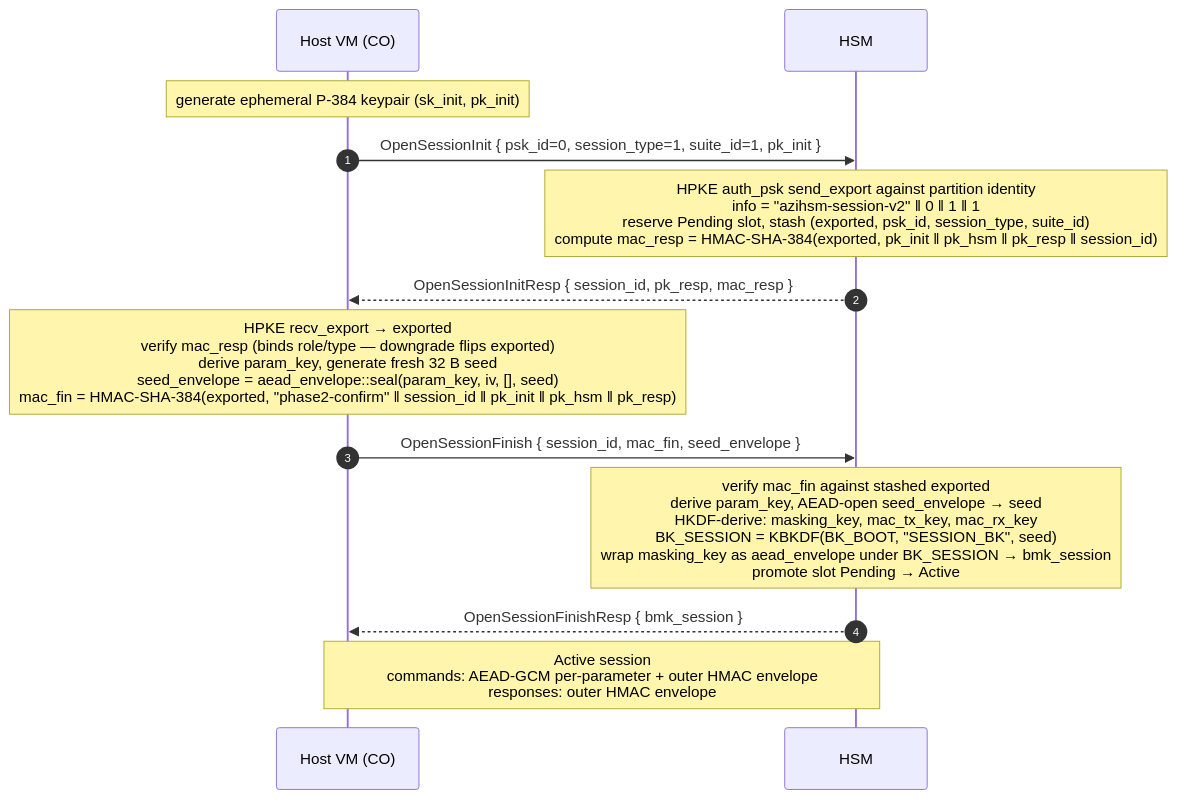
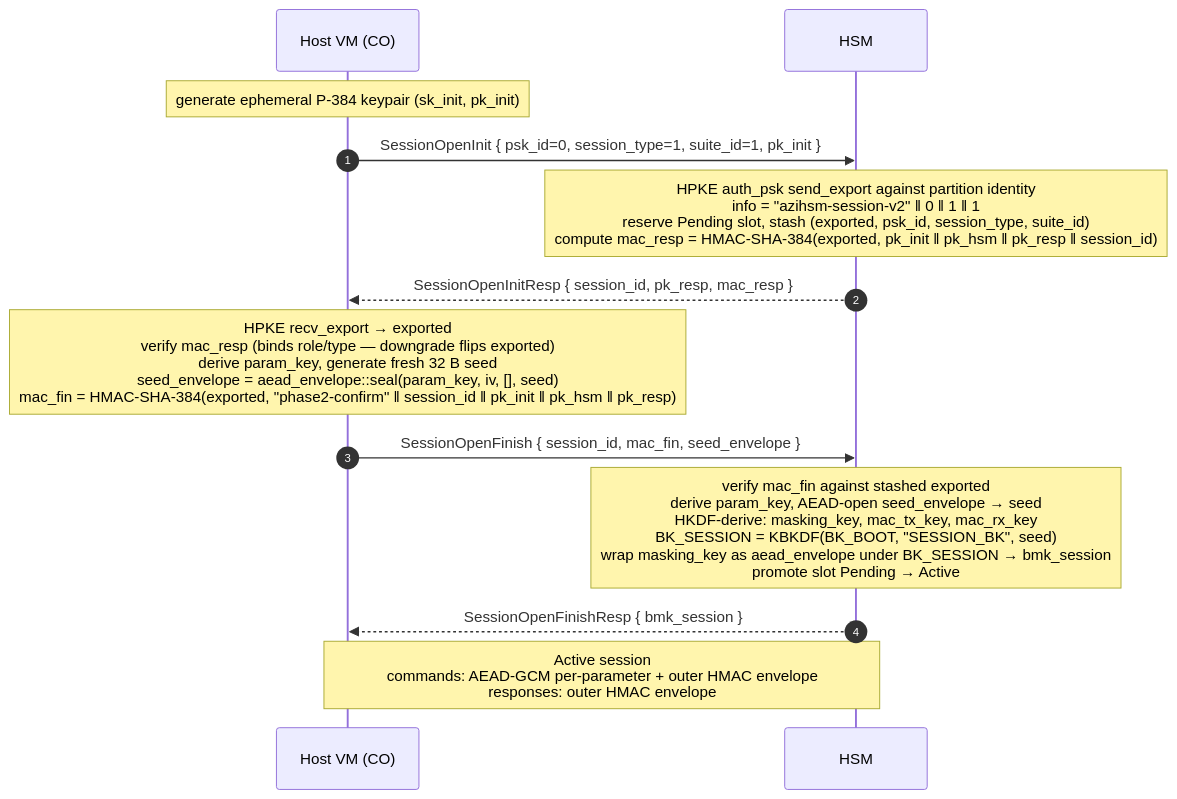
Before and after one commit to Azure/azihsm-sdk: the first of 2 diagrams in docs/tbor-ddi/README.md, drawn with Mermaid. The commit also changed other lines of this file and 142 other files, not shown here.

````diff
--- a/docs/tbor-ddi/README.md
+++ b/docs/tbor-ddi/README.md
@@ -112,18 +124,18 @@
 ```mermaid
 sequenceDiagram
     autonumber
     participant Host as Host VM (CO)
     participant HSM
 
     Note over Host: generate ephemeral P-384 keypair (sk_init, pk_init)
-    Host->>HSM: OpenSessionInit { psk_id=0, session_type=1, suite_id=1, pk_init }
+    Host->>HSM: SessionOpenInit { psk_id=0, session_type=1, suite_id=1, pk_init }
     Note over HSM: HPKE auth_psk send_export against partition identity<br/>info = "azihsm-session-v2" ‖ 0 ‖ 1 ‖ 1<br/>reserve Pending slot, stash (exported, psk_id, session_type, suite_id)<br/>compute mac_resp = HMAC-SHA-384(exported, pk_init ‖ pk_hsm ‖ pk_resp ‖ session_id)
-    HSM-->>Host: OpenSessionInitResp { session_id, pk_resp, mac_resp }
+    HSM-->>Host: SessionOpenInitResp { session_id, pk_resp, mac_resp }
 
     Note over Host: HPKE recv_export → exported<br/>verify mac_resp (binds role/type — downgrade flips exported)<br/>derive param_key, generate fresh 32 B seed<br/>seed_envelope = aead_envelope::seal(param_key, iv, [], seed)<br/>mac_fin = HMAC-SHA-384(exported, "phase2-confirm" ‖ session_id ‖ pk_init ‖ pk_hsm ‖ pk_resp)
-    Host->>HSM: OpenSessionFinish { session_id, mac_fin, seed_envelope }
+    Host->>HSM: SessionOpenFinish { session_id, mac_fin, seed_envelope }
     Note over HSM: verify mac_fin against stashed exported<br/>derive param_key, AEAD-open seed_envelope → seed<br/>HKDF-derive: masking_key, mac_tx_key, mac_rx_key<br/>BK_SESSION = KBKDF(BK_BOOT, "SESSION_BK", seed)<br/>wrap masking_key as aead_envelope under BK_SESSION → bmk_session<br/>promote slot Pending → Active
-    HSM-->>Host: OpenSessionFinishResp { bmk_session }
+    HSM-->>Host: SessionOpenFinishResp { bmk_session }
 
     Note over Host,HSM: Active session<br/>commands: AEAD-GCM per-parameter + outer HMAC envelope<br/>responses: outer HMAC envelope
 ```
````
